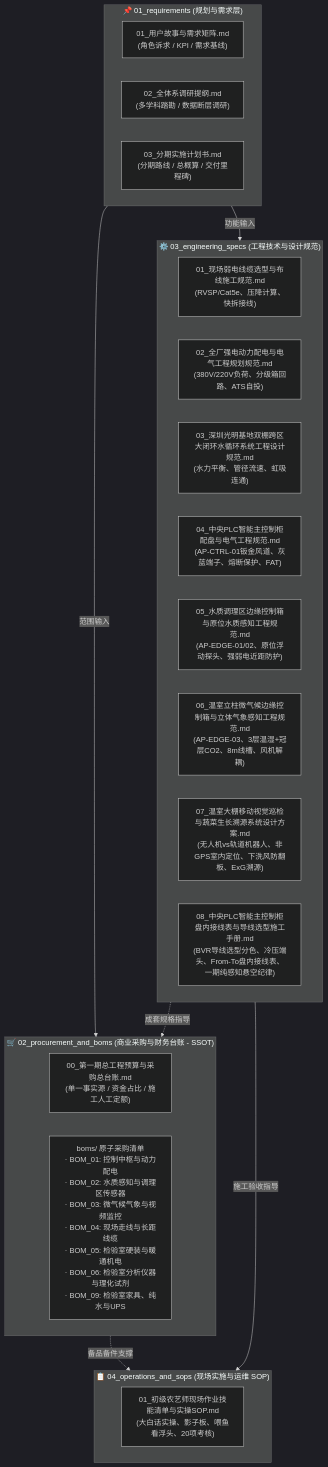
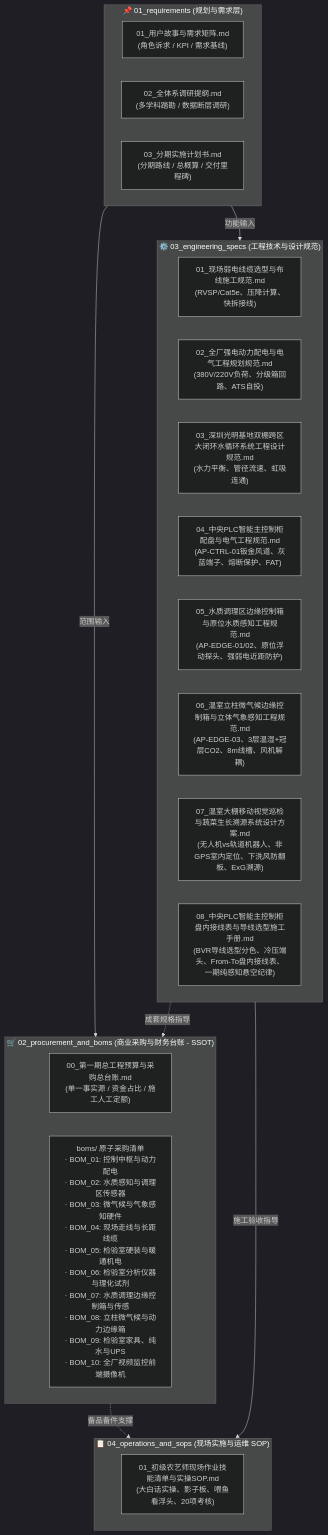
Before and after one commit to digitalboy/aquaponics: the diagram in docs/02_requirements_and_plans/README.md, drawn with Mermaid (dark theme). The commit also changed other lines of this file and 9 other files, not shown here.

````diff
--- a/docs/02_requirements_and_plans/README.md
+++ b/docs/02_requirements_and_plans/README.md
@@ -13,34 +13,34 @@
 ```mermaid
 graph TD
     subgraph L1 ["📌 01_requirements (规划与需求层)"]
         Req1["01_用户故事与需求矩阵.md<br>(角色诉求 / KPI / 需求基线)"]
         Req2["02_全体系调研提纲.md<br>(多学科踏勘 / 数据断层调研)"]
         Req3["03_分期实施计划书.md<br>(分期路线 / 总概算 / 交付里程碑)"]
     end
 
     subgraph L2 ["🛒 02_procurement_and_boms (商业采购与财务台账 - SSOT)"]
         Ledger["00_第一期总工程预算与采购总台账.md<br>(单一事实源 / 资金占比 / 施工人工定额)"]
-        BOMs["boms/ 原子采购清单<br>· BOM_01: 控制中枢与动力配电<br>· BOM_02: 水质感知与调理区传感器<br>· BOM_03: 微气候气象与视频监控<br>· BOM_04: 现场走线与长距线缆<br>· BOM_05: 检验室硬装与暖通机电<br>· BOM_06: 检验室分析仪器与理化试剂<br>· BOM_09: 检验室家具、纯水与UPS"]
+        BOMs["boms/ 原子采购清单<br>· BOM_01: 控制中枢与动力配电<br>· BOM_02: 水质感知与调理区传感器<br>· BOM_03: 微气候与气象感知硬件<br>· BOM_04: 现场走线与长距线缆<br>· BOM_05: 检验室硬装与暖通机电<br>· BOM_06: 检验室分析仪器与理化试剂<br>· BOM_07: 水质调理边缘控制箱与传感<br>· BOM_08: 立柱微气候与动力边缘箱<br>· BOM_09: 检验室家具、纯水与UPS<br>· BOM_10: 全厂视频监控前端摄像机"]
     end
 
     subgraph L3 ["⚙️ 03_engineering_specs (工程技术与设计规范)"]
         Spec1["01_现场弱电线缆选型与布线施工规范.md<br>(RVSP/Cat5e、压降计算、快拆接线)"]
         Spec2["02_全厂强电动力配电与电气工程规划规范.md<br>(380V/220V负荷、分级箱回路、ATS自投)"]
         Spec3["03_深圳光明基地双棚跨区大闭环水循环系统工程设计规范.md<br>(水力平衡、管径流速、虹吸连通)"]
         Spec4["04_中央PLC智能主控制柜配盘与电气工程规范.md<br>(AP-CTRL-01钣金风道、灰蓝端子、熔断保护、FAT)"]
         Spec5["05_水质调理区边缘控制箱与原位水质感知工程规范.md<br>(AP-EDGE-01/02、原位浮动探头、强弱电近距防护)"]
         Spec6["06_温室立柱微气候边缘控制箱与立体气象感知工程规范.md<br>(AP-EDGE-03、3层温湿+冠层CO2、8m线槽、风机解耦)"]
         Spec7["07_温室大棚移动视觉巡检与蔬菜生长溯源系统设计方案.md<br>(无人机vs轨道机器人、非GPS室内定位、下洗风防翻板、ExG溯源)"]
         Spec8["08_中央PLC智能主控制柜盘内接线表与导线选型施工手册.md<br>(BVR导线选型分色、冷压端头、From-To盘内接线表、一期纯感知悬空纪律)"]
     end
 
     subgraph L4 ["📋 04_operations_and_sops (现场实施与运维 SOP)"]
         SOP1["01_初级农艺师现场作业技能清单与实操SOP.md<br>(大白话实操、影子板、喂鱼看浮头、20项考核)"]
     end
 
     L1 -->|范围输入| L2
     L1 -->|功能输入| L3
     L3 -.->|成套规格指导| L2
     L3 -->|施工验收指导| L4
     L2 -.->|备品备件支撑| L4
 ```
````
